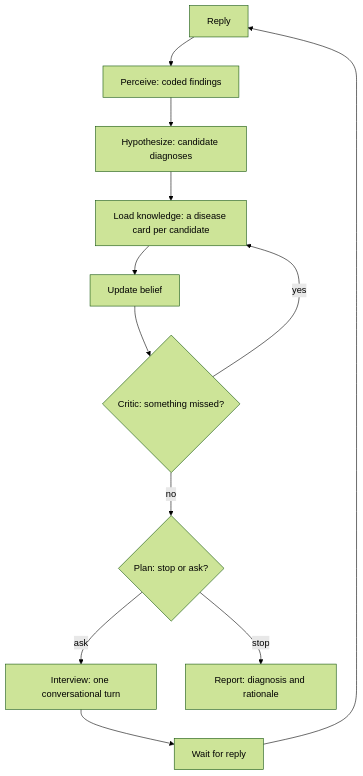
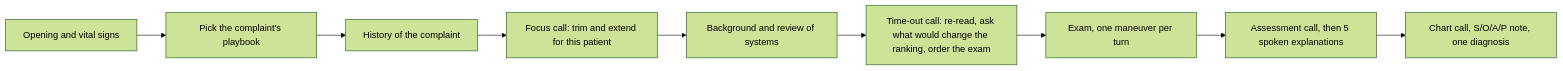
Before and after one commit to jung-hankyo/nova-preciser-dxagent: the diagram in README.md, drawn with Mermaid (forest theme). The commit also changed other lines of this file and 122 other files, not shown here.

First line of the commit message:
Contest runtime: a playbook-led interview agent (v0.8.1)

````diff
--- a/README.md
+++ b/README.md
@@ -43,12 +29,11 @@
 ```mermaid
-flowchart TD
-    A[Reply] --> B[Perceive: coded findings]
-    B --> C[Hypothesize: candidate diagnoses]
-    C --> D[Load knowledge: a disease card per candidate]
-    D --> E[Update belief]
-    E --> F{Critic: something missed?}
-    F -- yes --> D
-    F -- no --> G{Plan: stop or ask?}
-    G -- ask --> H[Interview: one conversational turn] --> I[Wait for reply] --> A
-    G -- stop --> J[Report: diagnosis and rationale]
+flowchart LR
+    O[Opening and vital signs] --> P[Pick the complaint's playbook]
+    P --> H1[History of the complaint]
+    H1 --> F[Focus call: trim and extend for this patient]
+    F --> H2[Background and review of systems]
+    H2 --> T[Time-out call: re-read, ask what would change the ranking, order the exam]
+    T --> E[Exam, one maneuver per turn]
+    E --> C[Assessment call, then 5 spoken explanations]
+    C --> N[Chart call, S/O/A/P note, one diagnosis]
 ```
````
